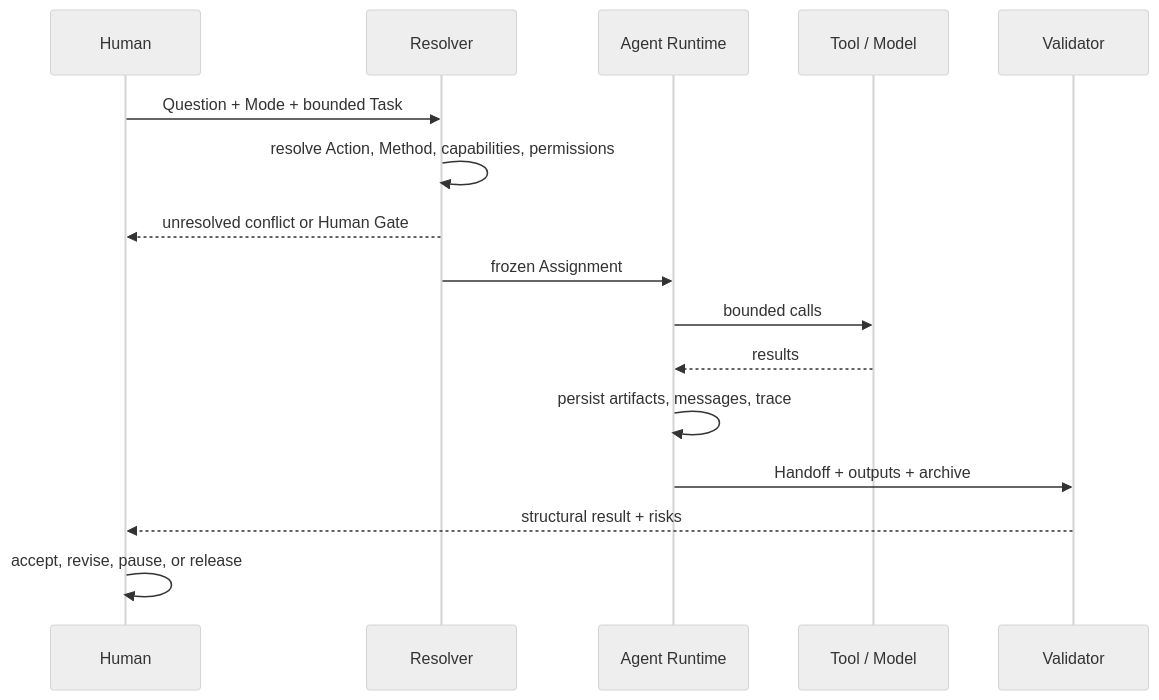
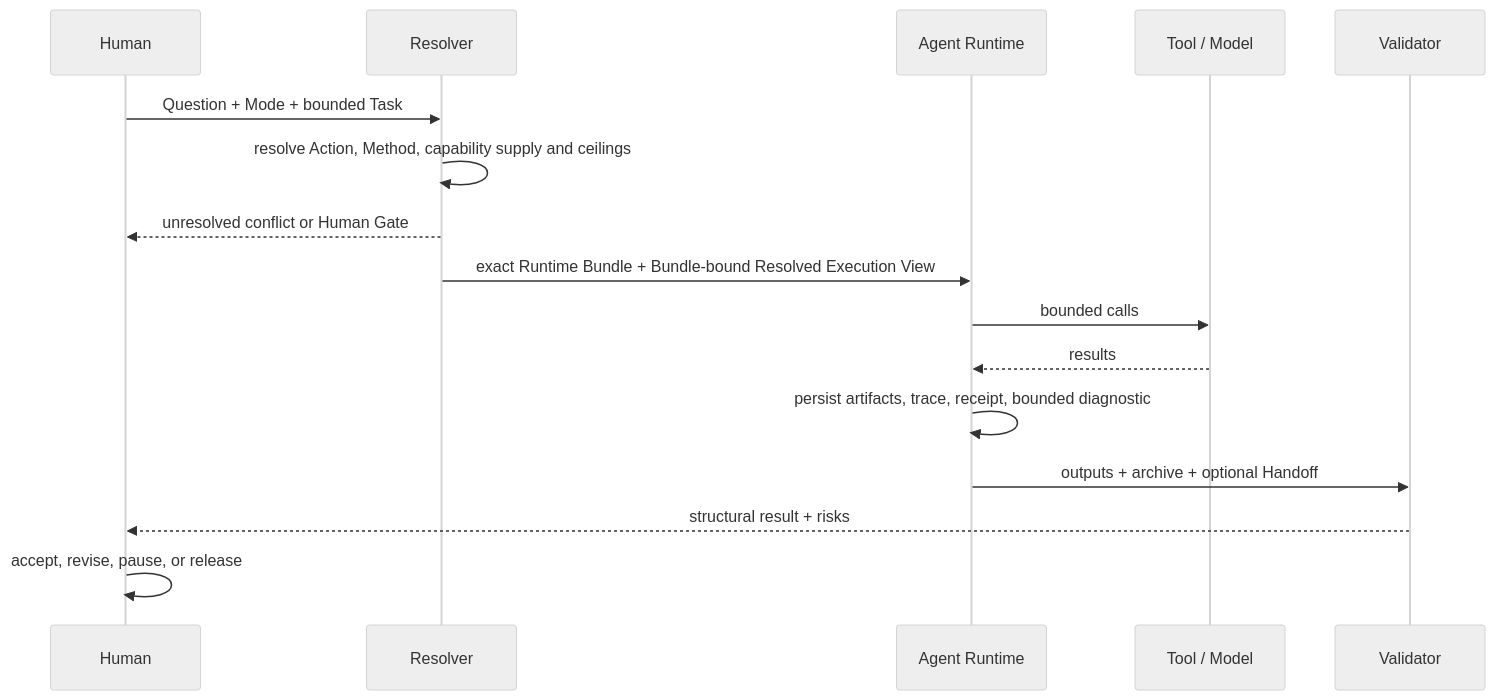
One commit to Chengyue-Lu/research-agent-workbench changed the second of 3 diagrams in docs/ARCHITECTURE.md. Above: the diagram before and after it, drawn with Mermaid (neutral theme). The commit also changed other lines of this file and 457 other files, not shown here.

````diff
--- a/docs/ARCHITECTURE.md
+++ b/docs/ARCHITECTURE.md
@@ -50,19 +58,19 @@
 ```mermaid
 sequenceDiagram
     participant H as Human
     participant R as Resolver
     participant A as Agent Runtime
     participant T as Tool / Model
     participant V as Validator
 
     H->>R: Question + Mode + bounded Task
-    R->>R: resolve Action, Method, capabilities, permissions
+    R->>R: resolve Action, Method, capability supply and ceilings
     R-->>H: unresolved conflict or Human Gate
-    R->>A: frozen Assignment
+    R->>A: exact Runtime Bundle + Bundle-bound Resolved Execution View
     A->>T: bounded calls
     T-->>A: results
-    A->>A: persist artifacts, messages, trace
-    A->>V: Handoff + outputs + archive
+    A->>A: persist artifacts, trace, receipt, bounded diagnostic
+    A->>V: outputs + archive + optional Handoff
     V-->>H: structural result + risks
     H->>H: accept, revise, pause, or release
 ```
````
